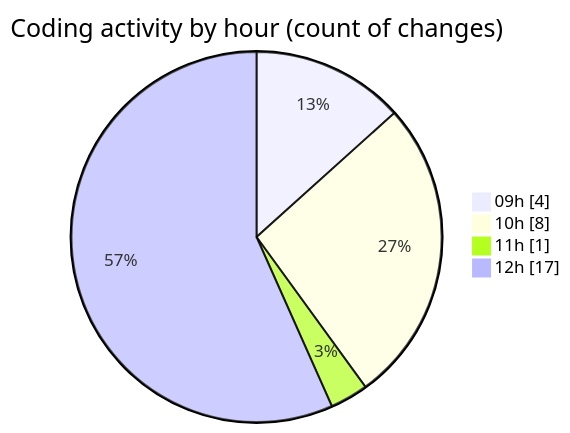
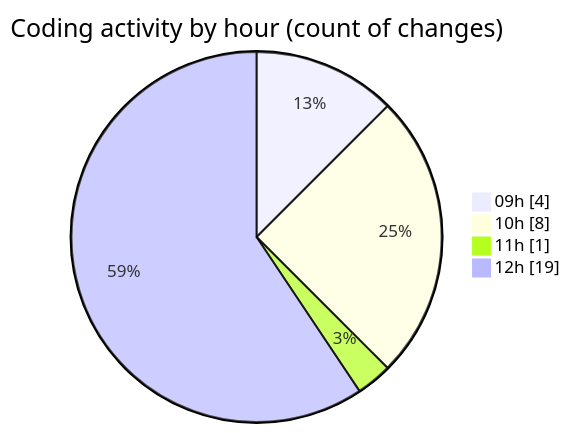
Before and after one commit to nxtqubesakshisongat/code-tracking: the second of 2 diagrams in 2026-02-18/nxtqube_webapp/README.md, drawn with Mermaid. The commit also changed other lines of this file and 1 other file, not shown here.

````diff
--- a/2026-02-18/nxtqube_webapp/README.md
+++ b/2026-02-18/nxtqube_webapp/README.md
@@ -34,8 +34,8 @@
 ```mermaid
 pie showData
 title Coding activity by hour (count of changes)
 "09h" : 4
 "10h" : 8
 "11h" : 1
-"12h" : 17
+"12h" : 19
 ```
````
